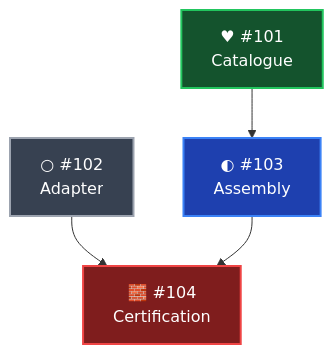
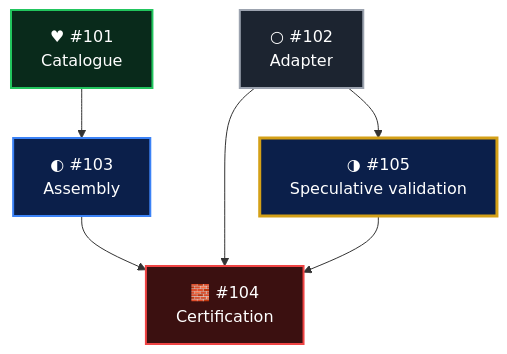
One commit to Ma-XX-oN/RepoWorkflow changed the diagram in WORK_GRAPH_VISUAL_CONVENTIONS.md. Above: the diagram before and after it, drawn with Mermaid. The commit also changed other lines of this file, not shown here.

Commit message:
docs: add speculative PG state and darker fill palette (#743)

````diff
--- a/WORK_GRAPH_VISUAL_CONVENTIONS.md
+++ b/WORK_GRAPH_VISUAL_CONVENTIONS.md
@@ -102,21 +112,26 @@
 ```mermaid
 flowchart TD
     A["♥ #101<br/>Catalogue"]
     B["○ #102<br/>Adapter"]
     C["◐ #103<br/>Assembly"]
     D["🧱 #104<br/>Certification"]
+    E["◑ #105<br/>Speculative validation"]
 
     A --> C
     B --> D
     C --> D
+    B --> E
+    E --> D
 
-    classDef done fill:#14532D,stroke:#22C55E,color:#FFFFFF,stroke-width:2px
-    classDef active fill:#1E40AF,stroke:#3B82F6,color:#FFFFFF,stroke-width:2px
-    classDef blocked fill:#7F1D1D,stroke:#EF4444,color:#FFFFFF,stroke-width:2px
-    classDef notstarted fill:#374151,stroke:#9CA3AF,color:#FFFFFF,stroke-width:2px
+    classDef done fill:#092A1B,stroke:#22C55E,color:#FFFFFF,stroke-width:2px
+    classDef active fill:#0B1F4A,stroke:#3B82F6,color:#FFFFFF,stroke-width:2px
+    classDef speculative fill:#0B1F4A,stroke:#D4A017,color:#FFFFFF,stroke-width:3px
+    classDef blocked fill:#3B1010,stroke:#EF4444,color:#FFFFFF,stroke-width:2px
+    classDef notstarted fill:#1C2430,stroke:#9CA3AF,color:#FFFFFF,stroke-width:2px
 
     class A done
     class B notstarted
     class C active
     class D blocked
+    class E speculative
 ```
````
